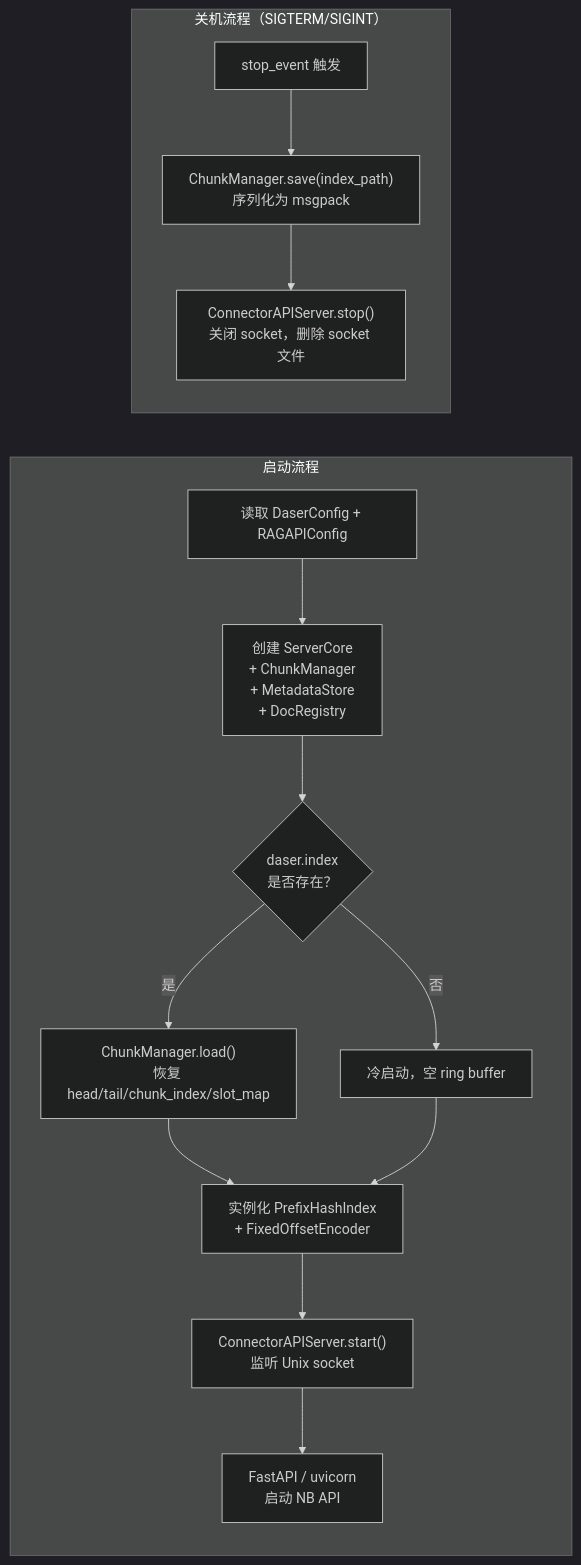
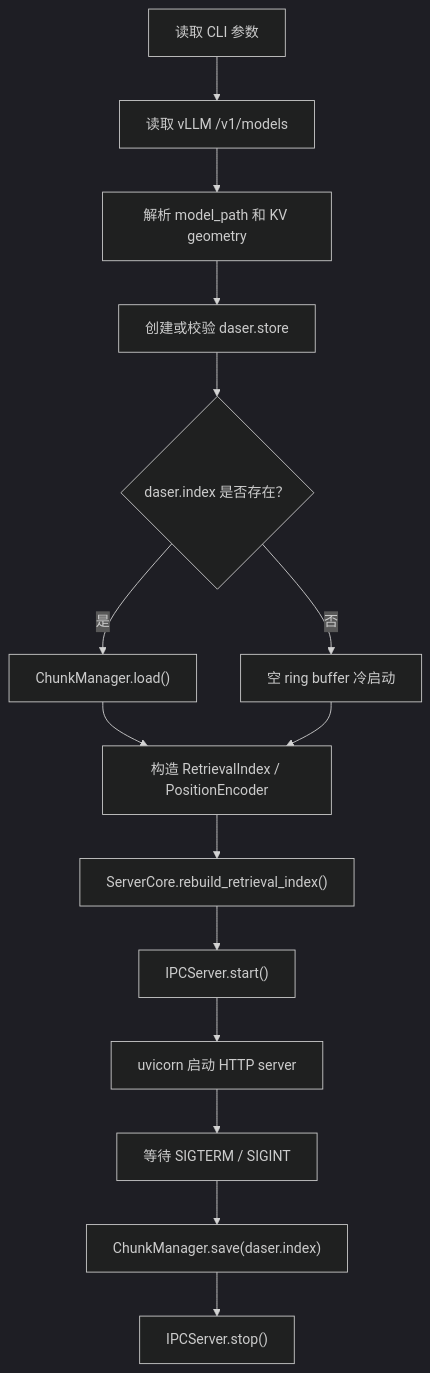
One commit to GentleCold/DaseR changed the second of 2 diagrams in docs/design/architecture.md. Above: the diagram before and after it, drawn with Mermaid (dark theme). The commit also changed other lines of this file and 53 other files, not shown here.

First line of the commit message:
refactor(server): align server layout and connector startup (#41)

````diff
--- a/docs/design/architecture.md
+++ b/docs/design/architecture.md
@@ -93,20 +192,17 @@
 ```mermaid
-flowchart LR
-    subgraph startup["启动流程"]
-        direction TB
-        A["读取 DaserConfig + RAGAPIConfig"] --> B["创建 ServerCore\n+ ChunkManager\n+ MetadataStore\n+ DocRegistry"]
-        B --> C{"daser.index\n是否存在？"}
-        C -- 是 --> D["ChunkManager.load()\n恢复 head/tail/chunk_index/slot_map"]
-        C -- 否 --> E["冷启动，空 ring buffer"]
-        D --> F["实例化 PrefixHashIndex\n+ FixedOffsetEncoder"]
-        E --> F
-        F --> G["ConnectorAPIServer.start()\n监听 Unix socket"]
-        G --> K["FastAPI / uvicorn\n启动 NB API"]
-    end
-
-    subgraph shutdown["关机流程（SIGTERM/SIGINT）"]
-        direction TB
-        H["stop_event 触发"] --> I["ChunkManager.save(index_path)\n序列化为 msgpack"]
-        I --> J["ConnectorAPIServer.stop()\n关闭 socket，删除 socket 文件"]
-    end
+flowchart TB
+    A["读取 CLI 参数"] --> B["读取 vLLM /v1/models"]
+    B --> C["解析 model_path 和 KV geometry"]
+    C --> D["创建或校验 daser.store"]
+    D --> E{"daser.index 是否存在？"}
+    E -- 是 --> F["ChunkManager.load()"]
+    E -- 否 --> G["空 ring buffer 冷启动"]
+    F --> H["构造 RetrievalIndex / PositionEncoder"]
+    G --> H
+    H --> I["ServerCore.rebuild_retrieval_index()"]
+    I --> J["IPCServer.start()"]
+    J --> K["uvicorn 启动 HTTP server"]
+    K --> L["等待 SIGTERM / SIGINT"]
+    L --> M["ChunkManager.save(daser.index)"]
+    M --> N["IPCServer.stop()"]
 ```
````
